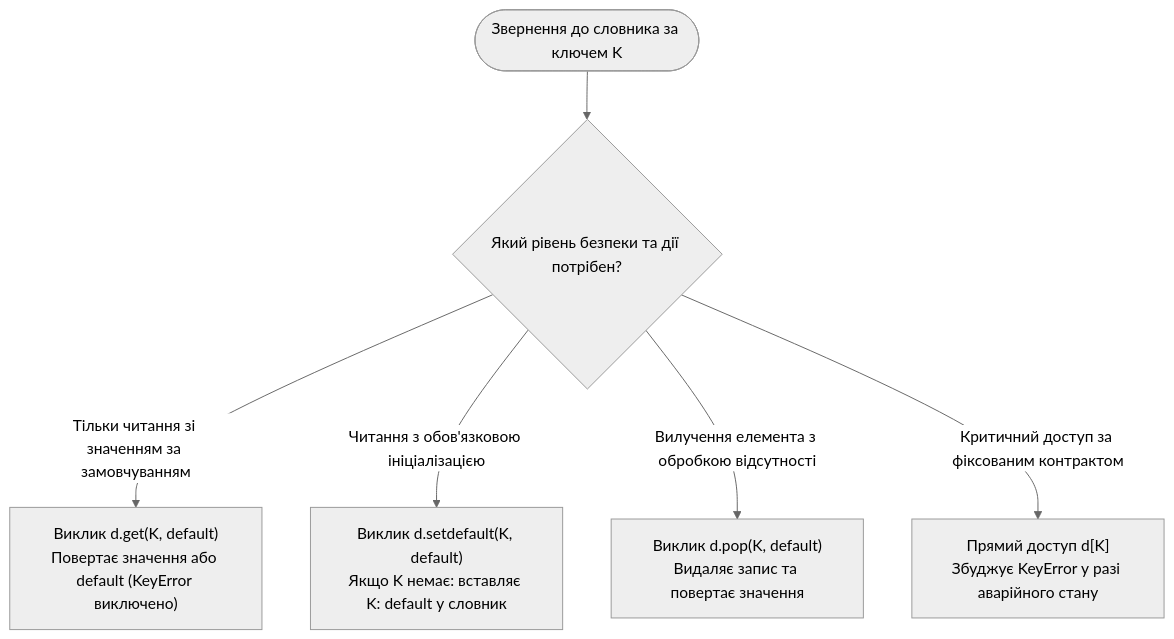
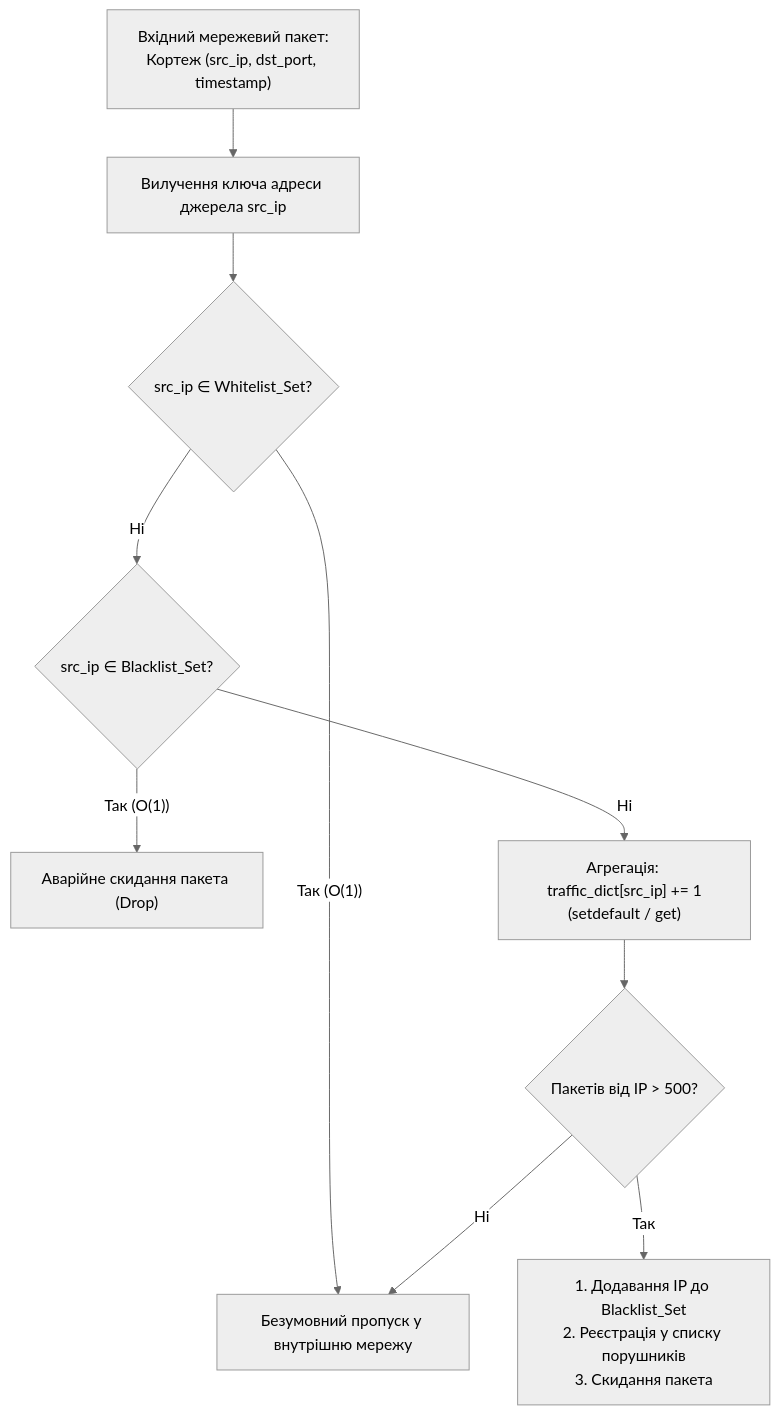
Before and after one commit to KyryloVadurin/python-programming: the fourth of 4 diagrams in docs/lk/lk5.md, drawn with Mermaid (neutral theme). The commit also changed other lines of this file, not shown here.

````diff
--- a/docs/lk/lk5.md
+++ b/docs/lk/lk5.md
@@ -102,9 +415,15 @@
 ```mermaid
 flowchart TD
-    StartCheck(["Звернення до словника за ключем K"]) --> Decision{"Який рівень безпеки та дії потрібен?"}
+    InPacket["Вхідний мережевий пакет:\nКортеж (src_ip, dst_port, timestamp)"] --> Extract["Вилучення ключа адреси джерела src_ip"]
+    Extract --> CheckWhite{"src_ip ∈ Whitelist_Set?"}
     
-    Decision -- "Тільки читання зі значенням за замовчуванням" --> UseGet["Виклик d.get(K, default)\nПовертає значення або default (KeyError виключено)"]
-    Decision -- "Читання з обов'язковою ініціалізацією" --> UseSetDefault["Виклик d.setdefault(K, default)\nЯкщо K немає: вставляє K: default у словник"]
-    Decision -- "Вилучення елемента з обробкою відсутності" --> UsePop["Виклик d.pop(K, default)\nВидаляє запис та повертає значення"]
-    Decision -- "Критичний доступ за фіксованим контрактом" --> UseDirect["Прямий доступ d[K]\nЗбуджує KeyError у разі аварійного стану"]
+    CheckWhite -- "Так (O(1))" --> PassTraffic["Безумовний пропуск у внутрішню мережу"]
+    CheckWhite -- "Ні" --> CheckBlack{"src_ip ∈ Blacklist_Set?"}
+    
+    CheckBlack -- "Так (O(1))" --> DropPacket["Аварійне скидання пакета (Drop)"]
+    CheckBlack -- "Ні" --> UpdateStats["Агрегація: traffic_dict[src_ip] += 1\n(setdefault / get)"]
+    
+    UpdateStats --> CheckThreshold{"Пакетів від IP > 500?"}
+    CheckThreshold -- "Так" --> TriggerDefense["1. Додавання IP до Blacklist_Set\n2. Реєстрація у списку порушників\n3. Скидання пакета"]
+    CheckThreshold -- "Ні" --> PassTraffic
 ```
````
